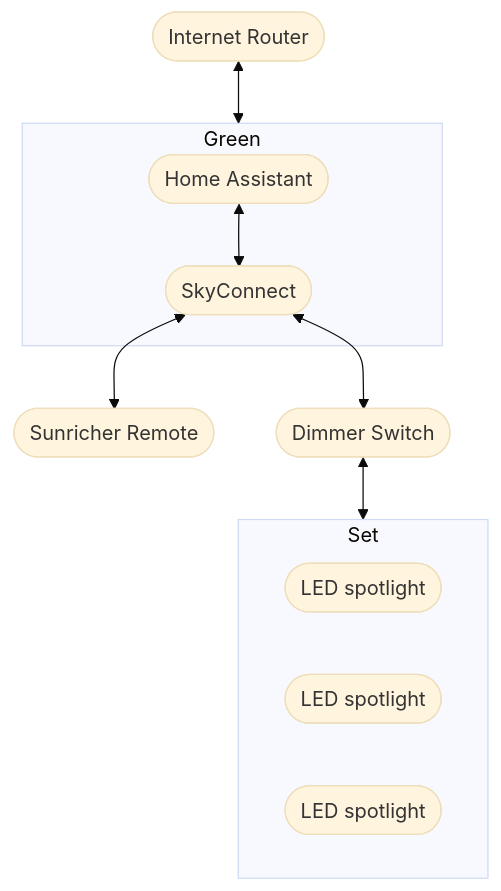
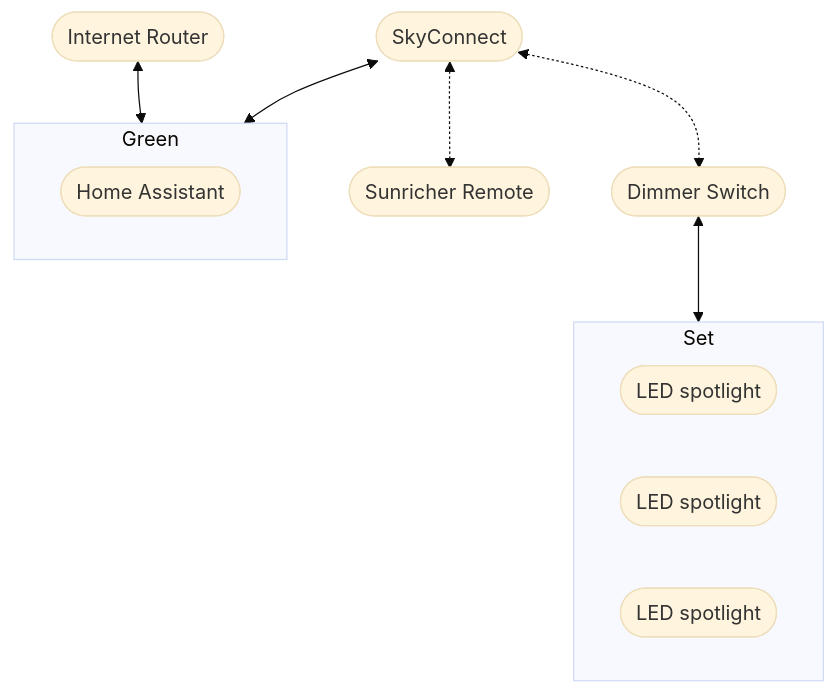
One commit to freenandes/topo-da-mente changed the diagram in content/note/connected-home-switches.md. Above: the diagram before and after it, drawn with Mermaid (base theme).

Commit message:
Dec 14, 2023, 10:11 PM

````diff
--- a/content/note/connected-home-switches.md
+++ b/content/note/connected-home-switches.md
@@ -58,15 +58,16 @@
 ```mermaid
 flowchart TB
 iro([Internet Router]) <--> gre
 subgraph gre[Green]
-    has([Home Assistant]) <--> sky([SkyConnect])
+    has([Home Assistant])
 end
-sky <--> szr([Sunricher Remote])
-sky <--> zds([Dimmer Switch])
+sky([SkyConnect]) <--> gre
+sky <-.-> szr([Sunricher Remote])
+sky <-.-> zds([Dimmer Switch])
 subgraph sll[Set]
     ll1([LED spotlight])
     ll2([LED spotlight])
     ll3([LED spotlight])
 end
 zds <--> sll
 ```
````
